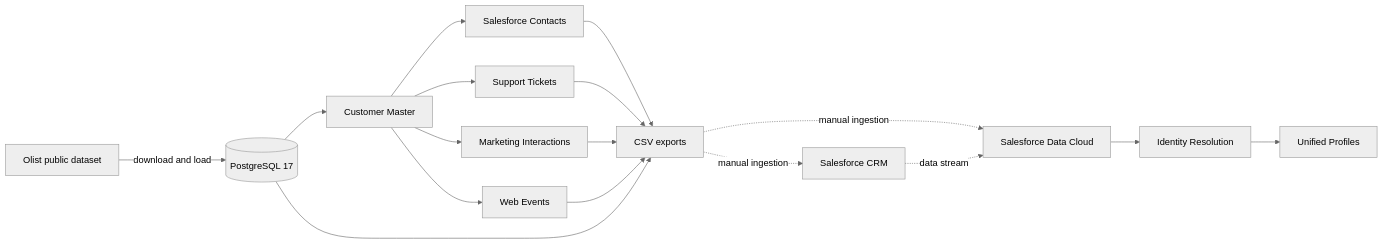
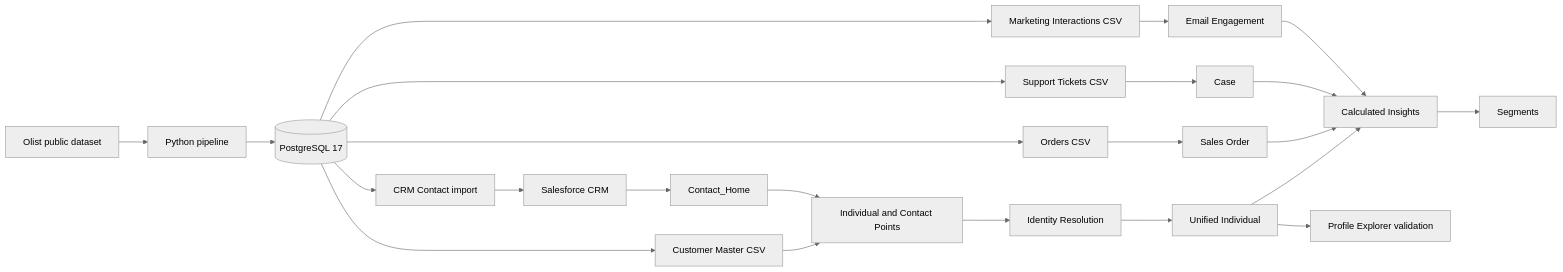
The diagram in docs/architecture.md (FelipeEnne/salesforce-data360-customer-intelligence), drawn with Mermaid (neutral theme) before and after one commit. The commit also changed other lines of this file and 22 other files, not shown here.

Commit message:
docs: present completed Salesforce Data Cloud   MVP

````diff
--- a/docs/architecture.md
+++ b/docs/architecture.md
@@ -5,19 +5,25 @@
 ```mermaid
 flowchart LR
-    O[Olist public dataset] -->|download and load| P[(PostgreSQL 17)]
-    P --> CM[Customer Master]
-    CM --> SF[Salesforce Contacts]
-    CM --> SU[Support Tickets]
-    CM --> MK[Marketing Interactions]
-    CM --> WE[Web Events]
-    SF --> E[CSV exports]
-    SU --> E
-    MK --> E
-    WE --> E
-    P --> E
-    E -. manual ingestion .-> CRM[Salesforce CRM]
-    E -. manual ingestion .-> DC[Salesforce Data Cloud]
-    CRM -. data stream .-> DC
-    DC --> IR[Identity Resolution]
-    IR --> UP[Unified Profiles]
+    O[Olist public dataset] --> PY[Python pipeline]
+    PY --> PG[(PostgreSQL 17)]
+    PG --> CM[Customer Master CSV]
+    PG --> SFCSV[CRM Contact import]
+    PG --> ORD[Orders CSV]
+    PG --> SUP[Support Tickets CSV]
+    PG --> MKT[Marketing Interactions CSV]
+    SFCSV --> CRM[Salesforce CRM]
+    CRM --> CH[Contact_Home]
+    CM --> PROFILE[Individual and Contact Points]
+    CH --> PROFILE
+    PROFILE --> IR[Identity Resolution]
+    IR --> UI[Unified Individual]
+    ORD --> SO[Sales Order]
+    SUP --> CASE[Case]
+    MKT --> EMAIL[Email Engagement]
+    UI --> CI[Calculated Insights]
+    SO --> CI
+    CASE --> CI
+    EMAIL --> CI
+    CI --> SEG[Segments]
+    UI --> PE[Profile Explorer validation]
 ```
````
